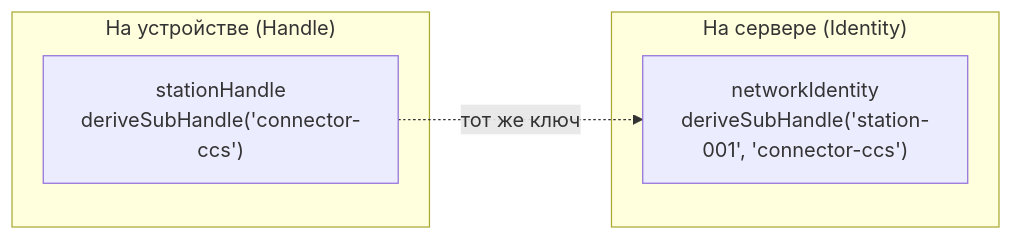
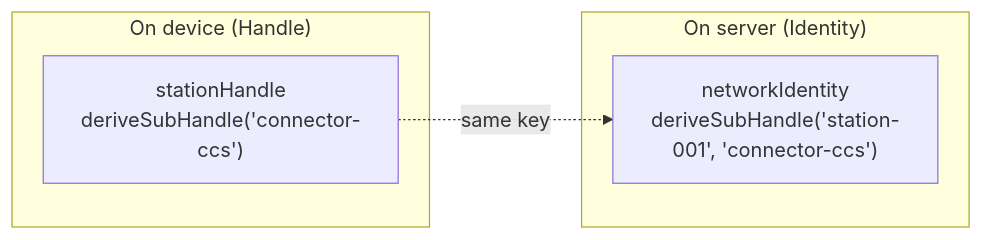
Before and after one commit to me2em-org/me2em-website: the second of 2 diagrams in src/content/blog/en/me2em-seed-derived-identity.md, drawn with Mermaid. The commit also changed other lines of this file and 3 other files, not shown here.

````diff
--- a/src/content/blog/en/me2em-seed-derived-identity.md
+++ b/src/content/blog/en/me2em-seed-derived-identity.md
@@ -80,10 +80,10 @@
 ```mermaid
 flowchart LR
-    subgraph OnDevice ["На устройстве (Handle)"]
+    subgraph OnDevice ["On device (Handle)"]
         A1["stationHandle<br/>deriveSubHandle('connector-ccs')"]
     end
-    subgraph OnServer ["На сервере (Identity)"]
+    subgraph OnServer ["On server (Identity)"]
         A2["networkIdentity<br/>deriveSubHandle('station-001', 'connector-ccs')"]
     end
-    A1 -.->|"тот же ключ"| A2
+    A1 -.->|"same key"| A2
 ```
````
